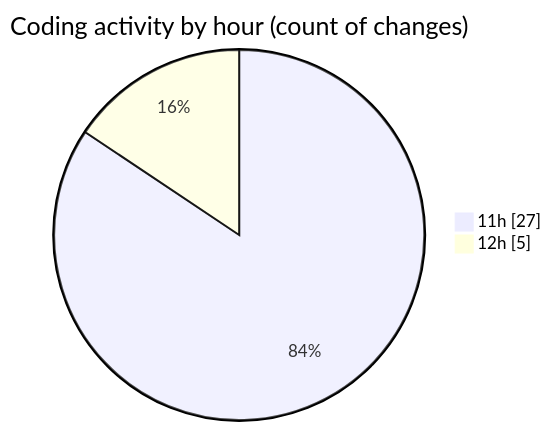
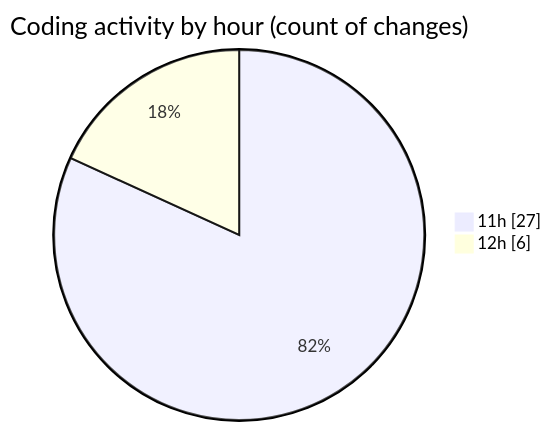
Before and after one commit to MatusMokan/code-tracking: the second of 2 diagrams in 2025-04-18/myws__workspace_/README.md, drawn with Mermaid. The commit also changed other lines of this file and 1 other file, not shown here.

````diff
--- a/2025-04-18/myws__workspace_/README.md
+++ b/2025-04-18/myws__workspace_/README.md
@@ -28,6 +28,6 @@
 ```mermaid
 pie showData
 title Coding activity by hour (count of changes)
 "11h" : 27
-"12h" : 5
+"12h" : 6
 ```
````
